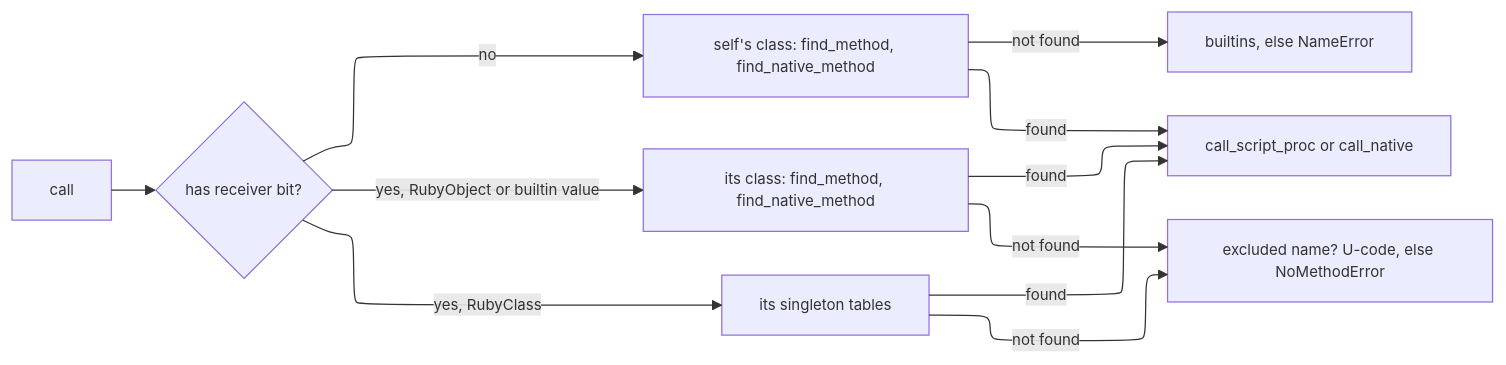
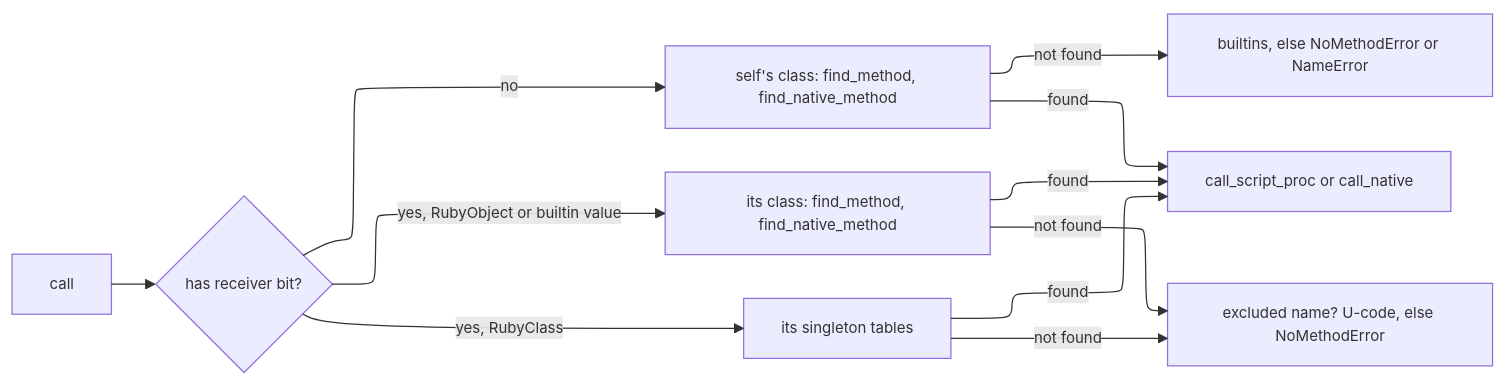
Before and after one commit to ModelArmy/adjutant.cr: the fifth of 11 diagrams in DEVELOPMENT.md, drawn with Mermaid. The commit also changed other lines of this file and 88 other files, not shown here.

````diff
--- a/DEVELOPMENT.md
+++ b/DEVELOPMENT.md
@@ -258,20 +262,20 @@
 ```mermaid
 ---
 displayMode: compact
 config:
   layout: elk
   themeVariables:
     fontSize: 12px
 ---
 flowchart LR
     A[call] --> B{has receiver bit?}
     B -->|no| S[self's class: find_method, find_native_method]
     B -->|yes, RubyObject or builtin value| D[its class: find_method, find_native_method]
     B -->|yes, RubyClass| F[its singleton tables]
-    S -->|not found| C[builtins, else NameError]
+    S -->|not found| C[builtins, else NoMethodError or NameError]
     D -->|found| E[call_script_proc or call_native]
     F -->|found| E
     S -->|found| E
     D -->|not found| X[excluded name? U-code, else NoMethodError]
     F -->|not found| X
 ```
````
